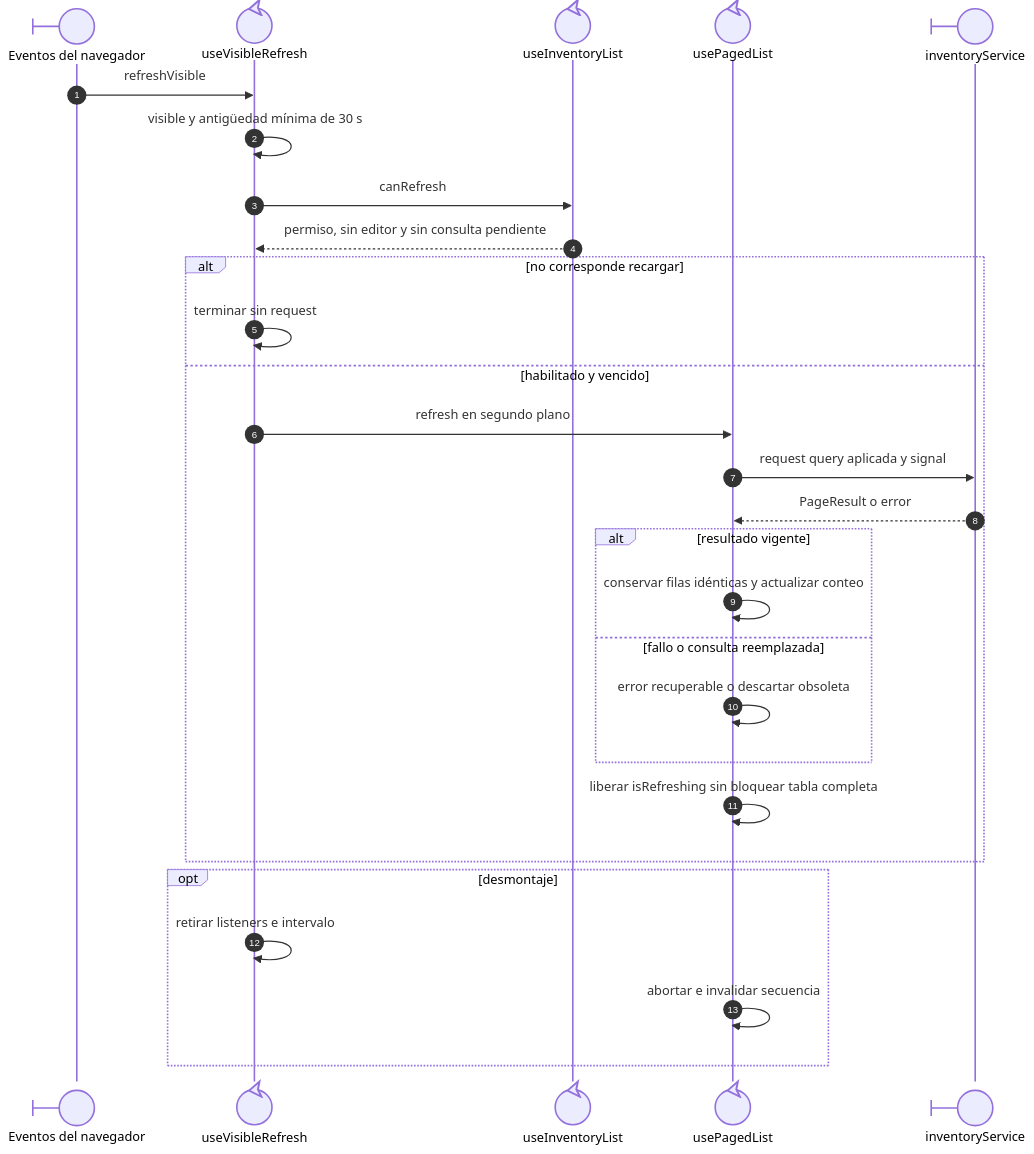
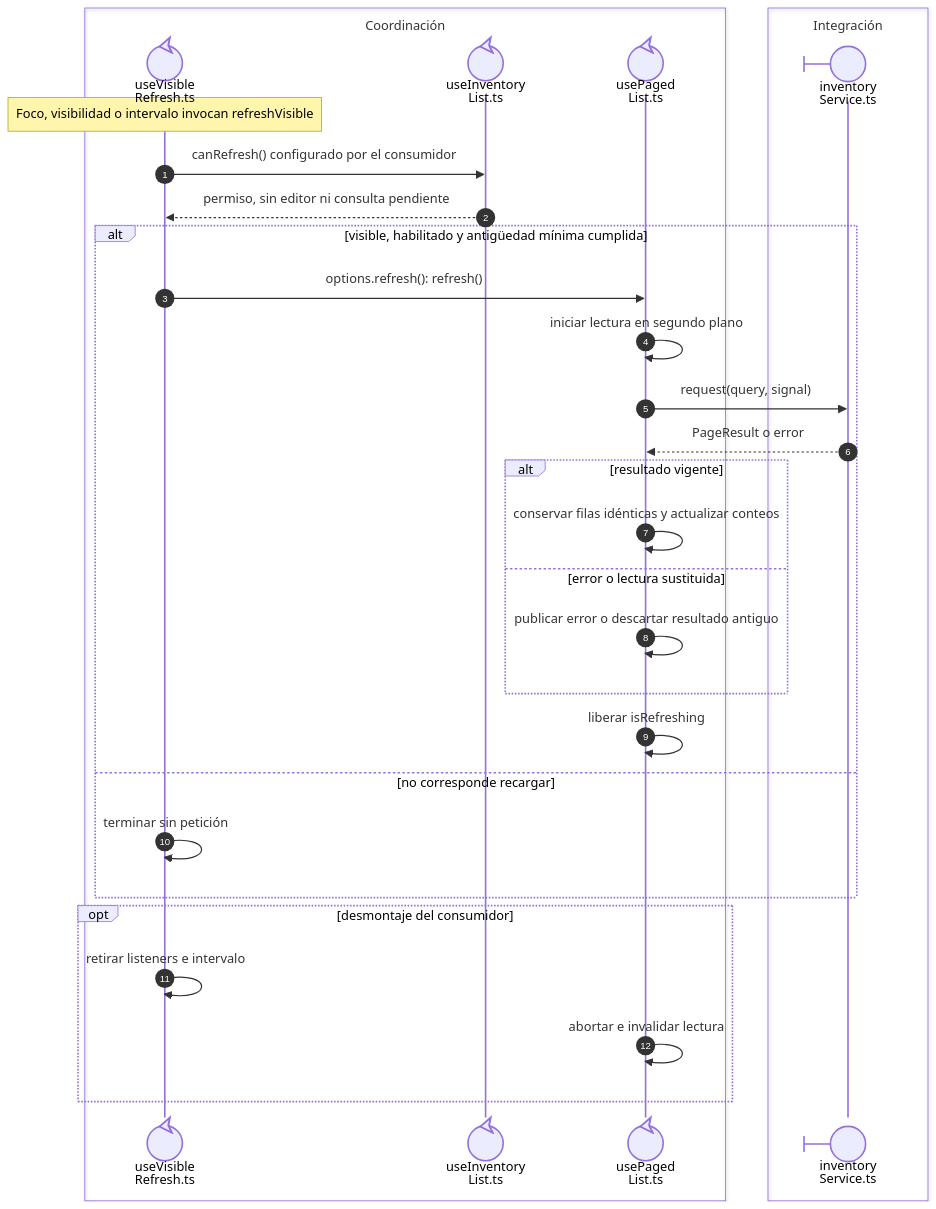
One commit to gpgsistemas01/nexus changed the diagram in front/docs/architecture/views/processes/02-shared-runtime/04-visible-refresh.md. Above: the diagram before and after it, drawn with Mermaid. The commit also changed other lines of this file and 46 other files, not shown here.

````diff
--- a/front/docs/architecture/views/processes/02-shared-runtime/04-visible-refresh.md
+++ b/front/docs/architecture/views/processes/02-shared-runtime/04-visible-refresh.md
@@ -15,30 +13,33 @@
 ```mermaid
 sequenceDiagram
     autonumber
-    participant Event@{ "type": "boundary" } as Eventos del navegador
-    participant Refresh@{ "type": "control" } as useVisibleRefresh
-    participant Domain@{ "type": "control" } as useInventoryList
-    participant List@{ "type": "control" } as usePagedList
-    participant Service@{ "type": "boundary" } as inventoryService
-    Event->>Refresh: refreshVisible
-    Refresh->>Refresh: visible y antigüedad mínima de 30 s
-    Refresh->>Domain: canRefresh
-    Domain-->>Refresh: permiso, sin editor y sin consulta pendiente
-    alt no corresponde recargar
-        Refresh->>Refresh: terminar sin request
-    else habilitado y vencido
-        Refresh->>List: refresh en segundo plano
-        List->>Service: request query aplicada y signal
+    box Coordinación
+    participant Refresh@{ "type": "control" } as useVisible<br/>Refresh.ts
+    participant Domain@{ "type": "control" } as useInventory<br/>List.ts
+    participant List@{ "type": "control" } as usePaged<br/>List.ts
+    end
+    box Integración
+    participant Service@{ "type": "boundary" } as inventory<br/>Service.ts
+    end
+    Note over Refresh: Foco, visibilidad o intervalo invocan refreshVisible
+    Refresh->>Domain: canRefresh() configurado por el consumidor
+    Domain-->>Refresh: permiso, sin editor ni consulta pendiente
+    alt visible, habilitado y antigüedad mínima cumplida
+        Refresh->>List: options.refresh(): refresh()
+        List->>List: iniciar lectura en segundo plano
+        List->>Service: request(query, signal)
         Service-->>List: PageResult o error
         alt resultado vigente
-            List->>List: conservar filas idénticas y actualizar conteo
-        else fallo o consulta reemplazada
-            List->>List: error recuperable o descartar obsoleta
+            List->>List: conservar filas idénticas y actualizar conteos
+        else error o lectura sustituida
+            List->>List: publicar error o descartar resultado antiguo
         end
-        List->>List: liberar isRefreshing sin bloquear tabla completa
+        List->>List: liberar isRefreshing
+    else no corresponde recargar
+        Refresh->>Refresh: terminar sin petición
     end
-    opt desmontaje
+    opt desmontaje del consumidor
         Refresh->>Refresh: retirar listeners e intervalo
-        List->>List: abortar e invalidar secuencia
+        List->>List: abortar e invalidar lectura
     end
 ```
````
